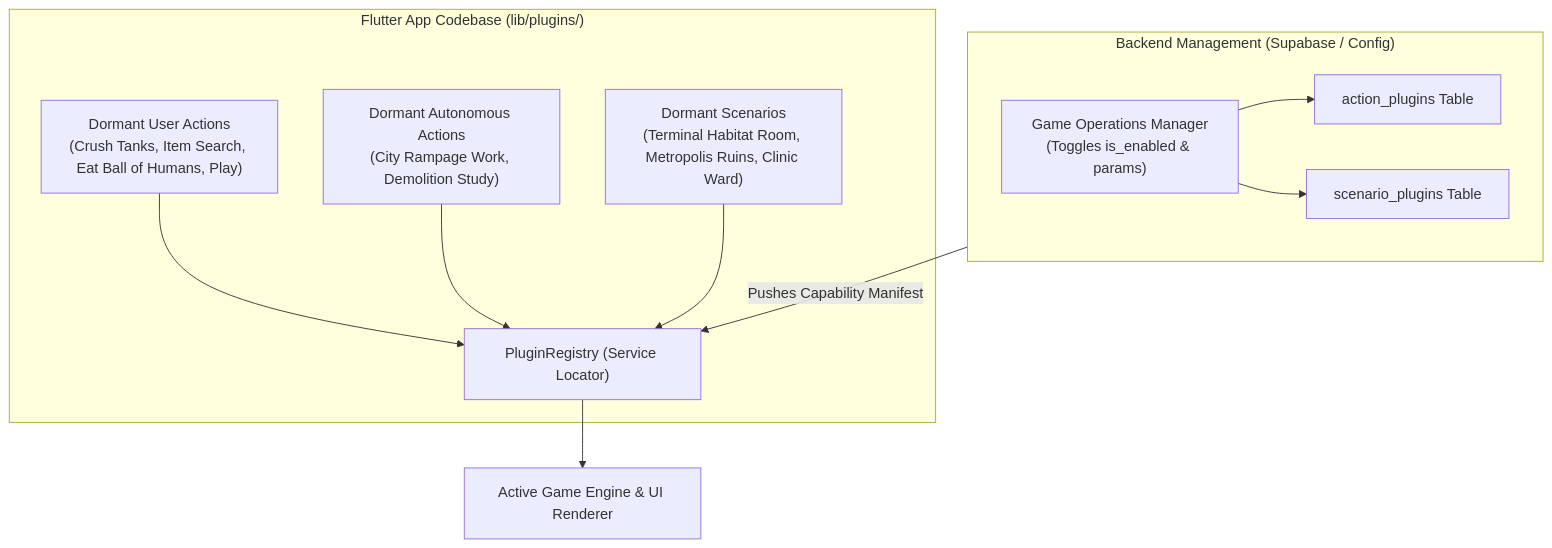
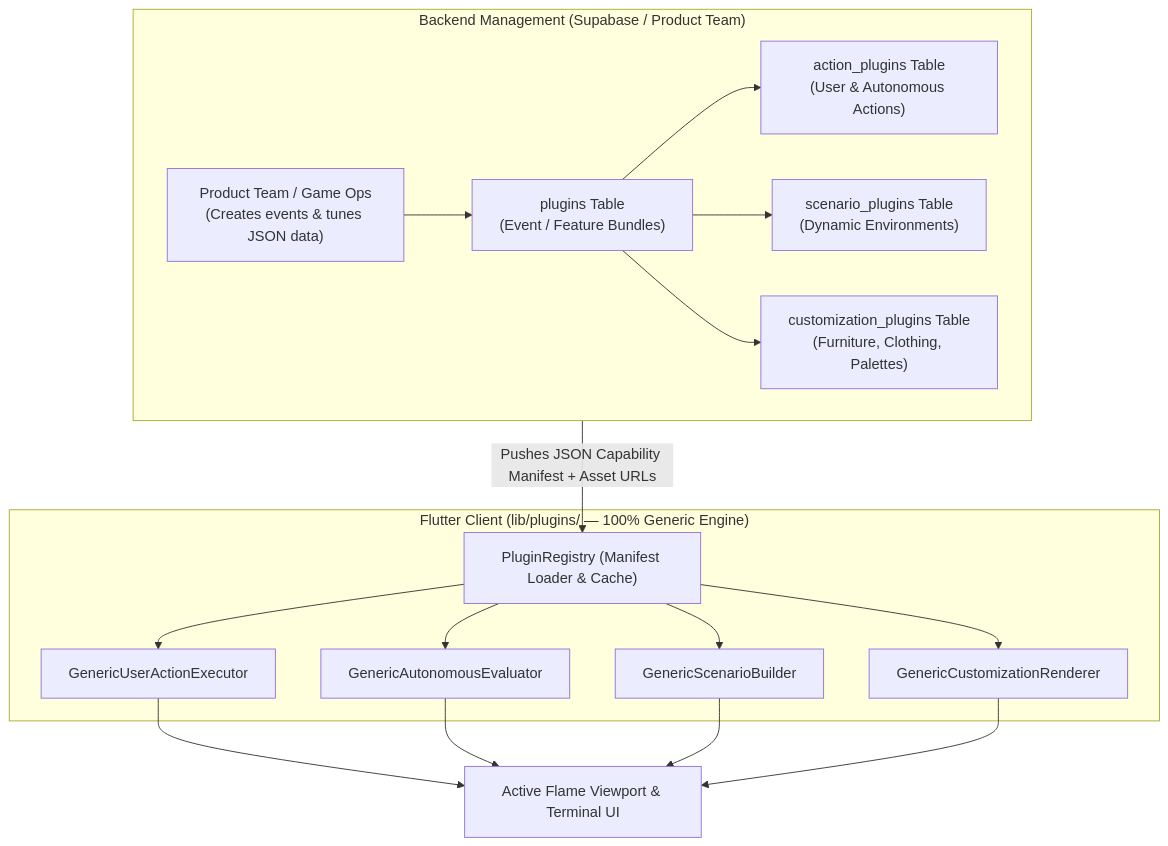
The diagram in Documentation/Plugins/01-plugin-architecture-overview.md (TheMrCorvy/HATCH.REF), drawn with Mermaid before and after one commit. The commit also changed other lines of this file and 55 other files, not shown here.

````diff
--- a/Documentation/Plugins/01-plugin-architecture-overview.md
+++ b/Documentation/Plugins/01-plugin-architecture-overview.md
@@ -17,23 +24,29 @@
 ```mermaid
 flowchart TD
-    subgraph Codebase["Flutter App Codebase (lib/plugins/)"]
-        DormantActions["Dormant User Actions\n(Crush Tanks, Item Search, Eat Ball of Humans, Play)"]
-        DormantAuto["Dormant Autonomous Actions\n(City Rampage Work, Demolition Study)"]
-        DormantScenarios["Dormant Scenarios\n(Terminal Habitat Room, Metropolis Ruins, Clinic Ward)"]
-        Registry["PluginRegistry (Service Locator)"]
-        DormantActions --> Registry
-        DormantAuto --> Registry
-        DormantScenarios --> Registry
+    subgraph Backend["Backend Management (Supabase / Product Team)"]
+        ParentPlugin["plugins Table\n(Event / Feature Bundles)"]
+        ActionTable["action_plugins Table\n(User & Autonomous Actions)"]
+        ScenarioTable["scenario_plugins Table\n(Dynamic Environments)"]
+        CustomTable["customization_plugins Table\n(Furniture, Clothing, Palettes)"]
+        Manager["Product Team / Game Ops\n(Creates events & tunes JSON data)"]
+        Manager --> ParentPlugin
+        ParentPlugin --> ActionTable
+        ParentPlugin --> ScenarioTable
+        ParentPlugin --> CustomTable
     end
 
-    subgraph Backend["Backend Management (Supabase / Config)"]
-        ActionTable["action_plugins Table"]
-        ScenarioTable["scenario_plugins Table"]
-        Manager["Game Operations Manager\n(Toggles is_enabled & params)"]
-        Manager --> ActionTable
-        Manager --> ScenarioTable
+    subgraph Codebase["Flutter Client (lib/plugins/ — 100% Generic Engine)"]
+        Registry["PluginRegistry (Manifest Loader & Cache)"]
+        ExecUser["GenericUserActionExecutor"]
+        ExecAuto["GenericAutonomousEvaluator"]
+        ExecScene["GenericScenarioBuilder"]
+        ExecCustom["GenericCustomizationRenderer"]
+        Registry --> ExecUser
+        Registry --> ExecAuto
+        Registry --> ExecScene
+        Registry --> ExecCustom
     end
 
-    Backend -->|Pushes Capability Manifest| Registry
-    Registry --> ActiveEngine["Active Game Engine & UI Renderer"]
+    Backend -->|Pushes JSON Capability Manifest + Asset URLs| Registry
+    ExecUser & ExecAuto & ExecScene & ExecCustom --> ActiveEngine["Active Flame Viewport & Terminal UI"]
 ```
````
